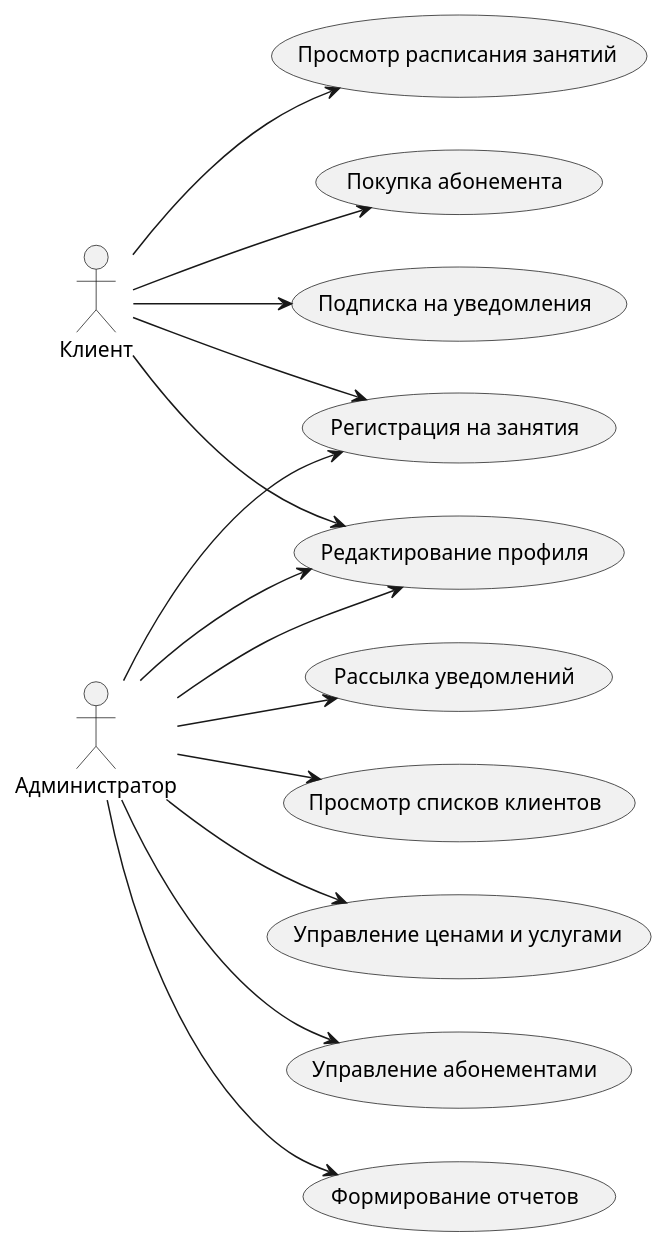
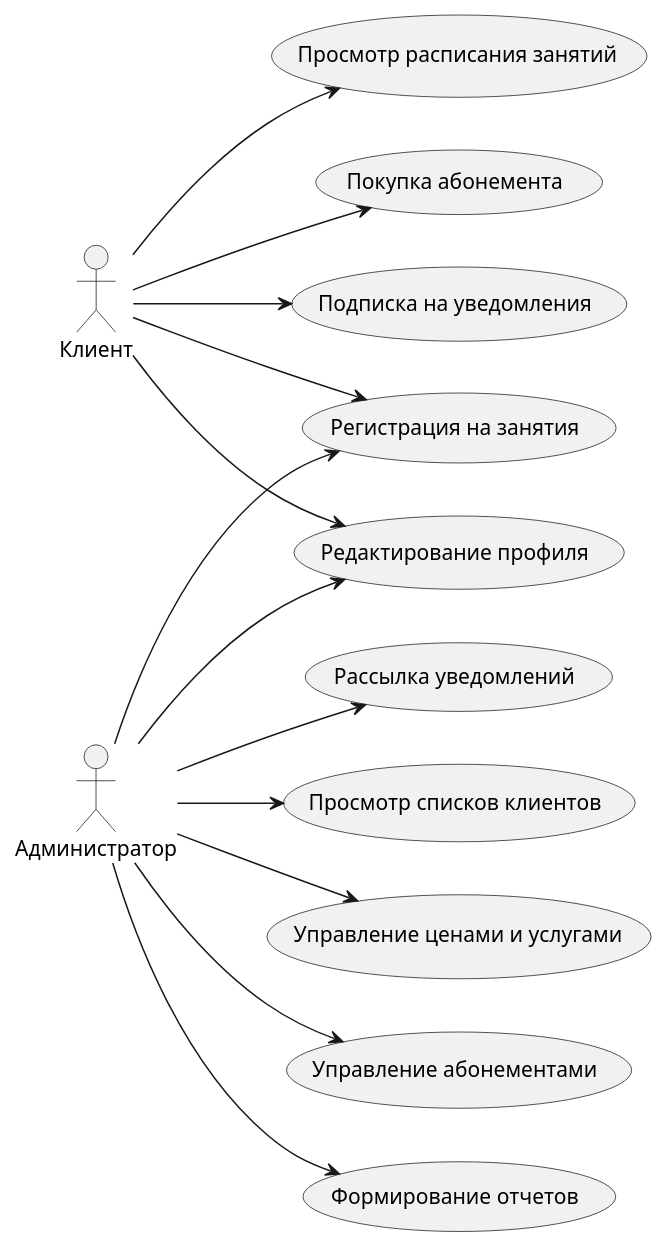
One commit to Buzzer0/GitExaply changed the diagram in docs/use-case.puml. Above: the diagram before and after it, drawn with PlantUML.

```diff
--- a/docs/use-case.puml
+++ b/docs/use-case.puml
@@ -1,30 +1,29 @@
 @startuml
 left to right direction
 actor "Клиент" as client
   usecase "Просмотр расписания занятий" as D1
   usecase "Регистрация на занятия" as D2
   usecase "Редактирование профиля" as D3
   usecase "Покупка абонемента" as D4
   usecase "Подписка на уведомления" as D5
   
 actor "Администратор" as admin
   usecase "Рассылка уведомлений" as D6
   usecase "Просмотр списков клиентов" as D7
   usecase "Управление ценами и услугами" as D8
   usecase "Управление абонементами" as D9
   usecase "Формирование отчетов" as D10
 client --> D1
 client --> D2
 client --> D3
 client --> D4
 client --> D5
 
 admin --> D3
 admin --> D6
 admin --> D7
 admin --> D8
 admin --> D9
 admin --> D10
-admin --> D3
 admin --> D2
 @enduml
```
